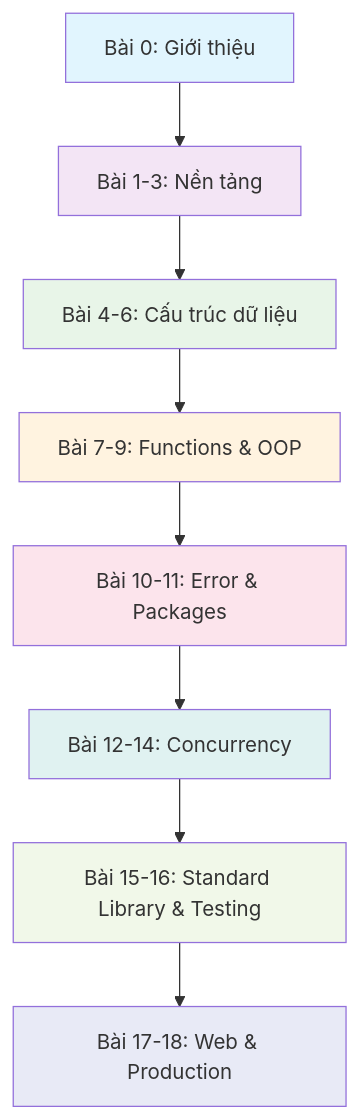
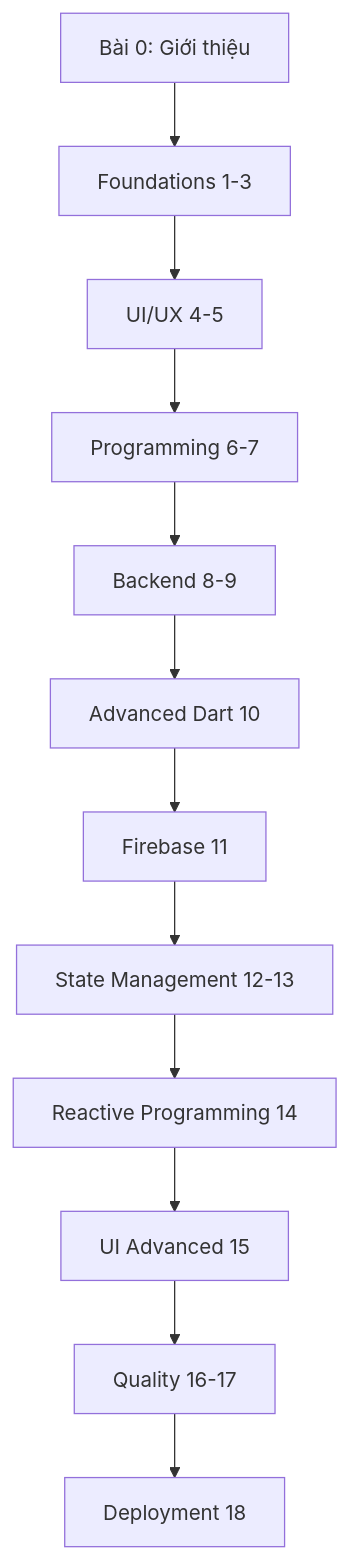
One commit to khieu-dv/vievlog changed the first of 4 diagrams in src/content/soft-skills/flutter/bai-0.mdx. Above: the diagram before and after it, drawn with Mermaid. The commit also changed other lines of this file and 3 other files, not shown here.

````diff
--- a/src/content/soft-skills/flutter/bai-0.mdx
+++ b/src/content/soft-skills/flutter/bai-0.mdx
@@ -30,19 +23,14 @@
 ```mermaid
-graph TD
-    A[Bài 0: Giới thiệu] --> B[Bài 1-3: Nền tảng]
-    B --> C[Bài 4-6: Cấu trúc dữ liệu]
-    C --> D[Bài 7-9: Functions & OOP]
-    D --> E[Bài 10-11: Error & Packages]
-    E --> F[Bài 12-14: Concurrency]
-    F --> G[Bài 15-16: Standard Library & Testing]
-    G --> H[Bài 17-18: Web & Production]
-    
-    style A fill:#e1f5fe
-    style B fill:#f3e5f5
-    style C fill:#e8f5e8
-    style D fill:#fff3e0
-    style E fill:#fce4ec
-    style F fill:#e0f2f1
-    style G fill:#f1f8e9
-    style H fill:#e8eaf6
+flowchart TD
+    A[Bài 0: Giới thiệu] --> B[Foundations 1-3]
+    B --> C[UI/UX 4-5]
+    C --> D[Programming 6-7]
+    D --> E[Backend 8-9]
+    E --> F[Advanced Dart 10]
+    F --> G[Firebase 11]
+    G --> H[State Management 12-13]
+    H --> I[Reactive Programming 14]
+    I --> J[UI Advanced 15]
+    J --> K[Quality 16-17]
+    K --> L[Deployment 18]
 ```
````
